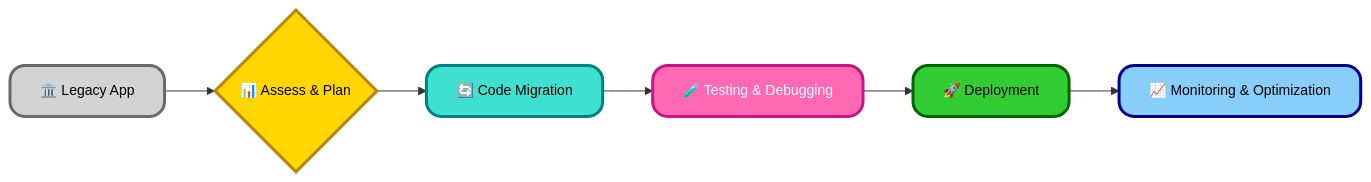
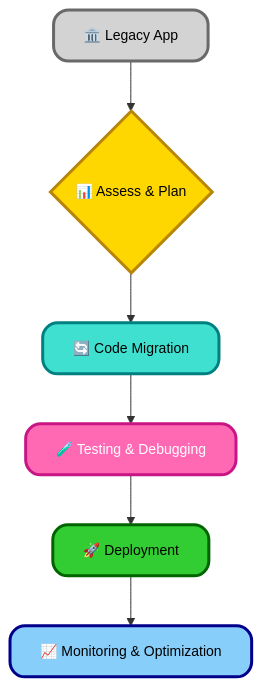
The first of 3 diagrams in _posts/2025-02-18-15.-migrating-to-angular.md (infoyouth/infoyouth.github.io), drawn with Mermaid before and after one commit. The commit also changed other lines of this file, not shown here.

````diff
--- a/_posts/2025-02-18-15.-migrating-to-angular.md
+++ b/_posts/2025-02-18-15.-migrating-to-angular.md
@@ -77,25 +77,25 @@
 ```mermaid
 
-  graph LR
+  graph TD
     A["🏛️ Legacy App"] --> B{"📊 Assess & Plan"};
     B --> C["🔄 Code Migration"];
     C --> D["🧪 Testing & Debugging"];
     D --> E["🚀 Deployment"];
     E --> F["📈 Monitoring & Optimization"];
 
     %% Custom Styles
     classDef legacyStyle fill:#D3D3D3,stroke:#696969,color:#000000,font-size:14px,stroke-width:3px,rx:15px,shadow:5px;
     classDef planStyle fill:#FFD700,stroke:#B8860B,color:#000000,font-size:14px,stroke-width:3px,rx:15px,shadow:5px;
     classDef migrationStyle fill:#40E0D0,stroke:#008080,color:#000000,font-size:14px,stroke-width:3px,rx:15px,shadow:5px;
     classDef testStyle fill:#FF69B4,stroke:#C71585,color:#FFFFFF,font-size:14px,stroke-width:3px,rx:15px,shadow:5px;
     classDef deployStyle fill:#32CD32,stroke:#006400,color:#000000,font-size:14px,stroke-width:3px,rx:15px,shadow:5px;
     classDef monitorStyle fill:#87CEFA,stroke:#00008B,color:#000000,font-size:14px,stroke-width:3px,rx:15px,shadow:5px;
 
     %% Apply Classes
     class A legacyStyle;
     class B planStyle;
     class C migrationStyle;
     class D testStyle;
     class E deployStyle;
     class F monitorStyle;
 ```
````
